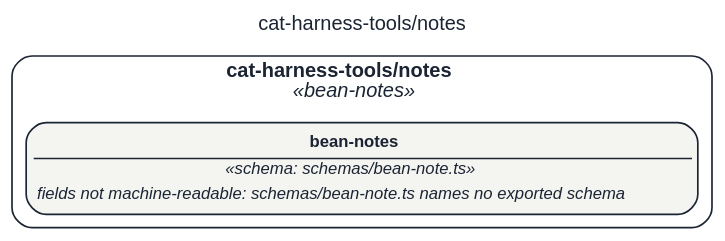
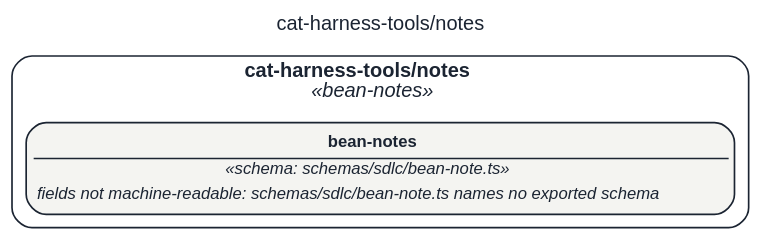
One commit to litlfred/folio-assistant changed the diagram in assets/img/uml/overview/cat-harness-tools/notes.dot. Above: the diagram before and after it, drawn with Graphviz. The commit also changed 9297 other files, not shown here.

```diff
--- a/assets/img/uml/overview/cat-harness-tools/notes.dot
+++ b/assets/img/uml/overview/cat-harness-tools/notes.dot
@@ -1,11 +1,11 @@
 // GENERATED by cat-harness-tools/scripts/gen-uml-overview.ts — do not edit.
 // Rendered page (interactive view, same model): https://litlfred.github.io/folio-assistant/uml/overview/cat-harness-tools/notes.html
 digraph "cat_harness_tools_notes" {
   graph [label="cat-harness-tools/notes", labelloc=t, fontname="Helvetica", fontsize=12, fontcolor="#1b2432", newrank=true, ratio=auto, nodesep=0.3, ranksep=0.5, bgcolor="transparent"];
   node [shape=box, style="rounded,filled", margin=0.05, fontname="Helvetica", fontsize=10, color="#1b2432", fontcolor="#1b2432"];
   edge [color="#1b2432", fontcolor="#1b2432", fontname="Helvetica", fontsize=9];
   subgraph "cluster_pkg_cat_harness_tools_notes" {
     label=<<b>cat-harness-tools/notes</b><br/><i>«bean-notes»</i>>; style="rounded"; color="#1b2432"; class="fa_uml_subgraph";
-    "cat_harness_tools_notes_bean_notes_shape" [fillcolor="#f4f4f1", class="fa_uml_kind_bean_notes", label=<<table border="0" cellborder="0" cellspacing="0" cellpadding="2"><tr><td border="1" sides="b"><b>bean-notes</b></td></tr><tr><td><i>«schema: schemas/bean-note.ts»</i></td></tr><tr><td align="left"><i>fields not machine-readable: schemas/bean-note.ts names no exported schema</i></td></tr></table>>];
+    "cat_harness_tools_notes_bean_notes_shape" [fillcolor="#f4f4f1", class="fa_uml_kind_bean_notes", label=<<table border="0" cellborder="0" cellspacing="0" cellpadding="2"><tr><td border="1" sides="b"><b>bean-notes</b></td></tr><tr><td><i>«schema: schemas/sdlc/bean-note.ts»</i></td></tr><tr><td align="left"><i>fields not machine-readable: schemas/sdlc/bean-note.ts names no exported schema</i></td></tr></table>>];
   }
 }
```
